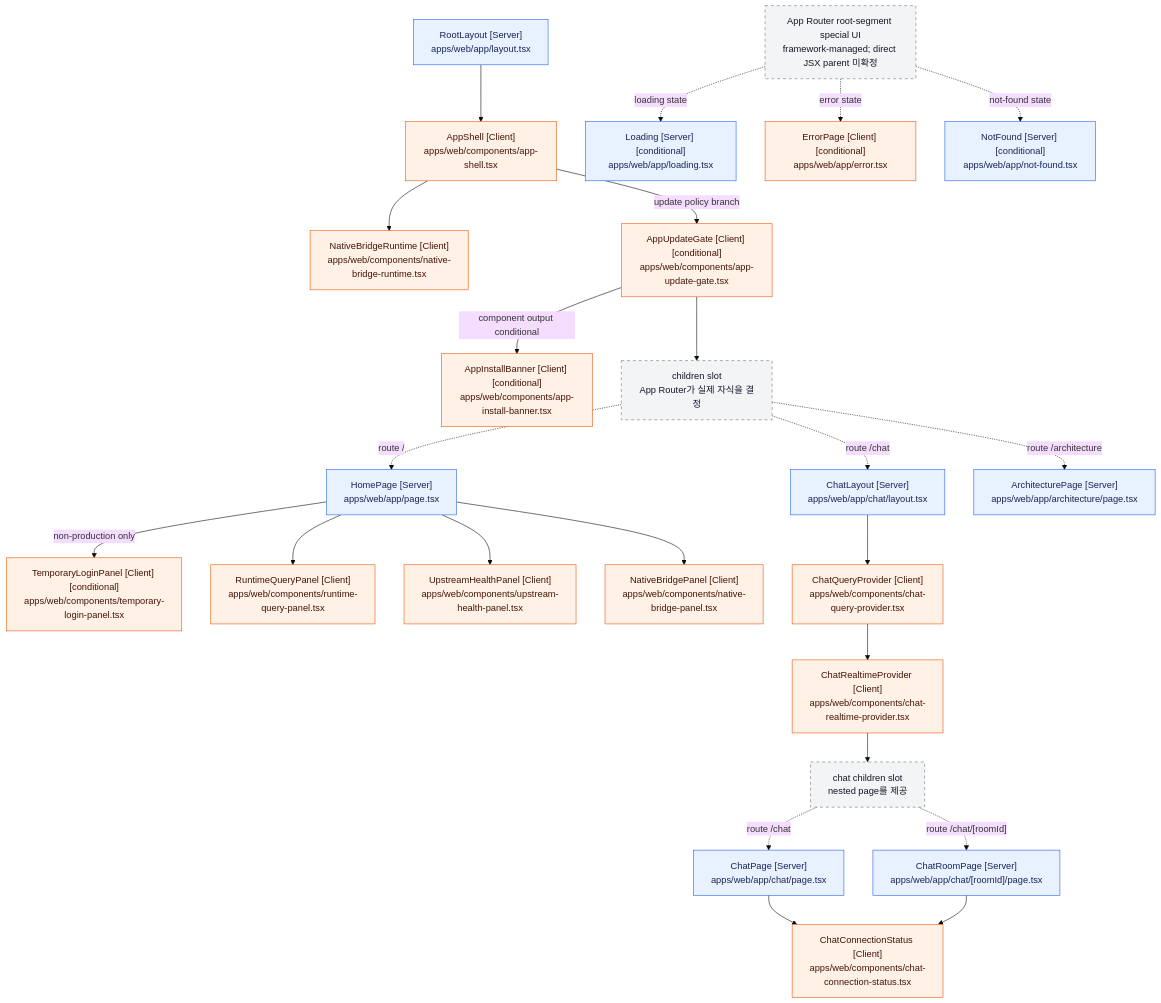
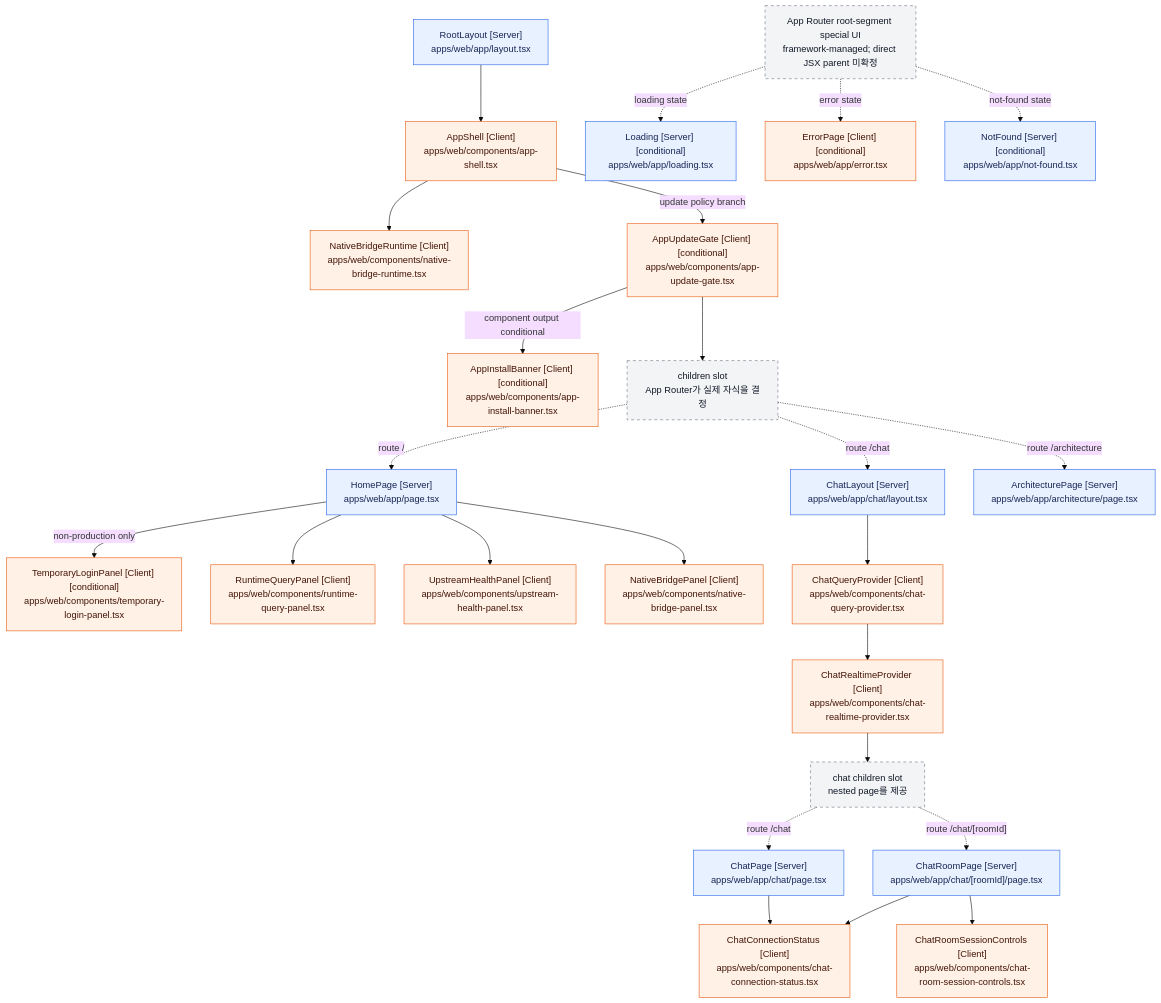
Before and after one commit to mokpombc17-coder/CIVIC-AI: the diagram in docs/architecture/react-component-tree.md, drawn with Mermaid (base theme). The commit also changed other lines of this file and 8 other files, not shown here.

Commit message:
feat(web): add multi-tab chat room UX

````diff
--- a/docs/architecture/react-component-tree.md
+++ b/docs/architecture/react-component-tree.md
@@ -108,65 +109,67 @@
 ```mermaid
 flowchart TD
     RootLayout["RootLayout [Server]<br/>apps/web/app/layout.tsx"]
     AppShell["AppShell [Client]<br/>apps/web/components/app-shell.tsx"]
     NativeBridgeRuntime["NativeBridgeRuntime [Client]<br/>apps/web/components/native-bridge-runtime.tsx"]
     AppUpdateGate["AppUpdateGate [Client] [conditional]<br/>apps/web/components/app-update-gate.tsx"]
     AppInstallBanner["AppInstallBanner [Client] [conditional]<br/>apps/web/components/app-install-banner.tsx"]
     ChildrenSlot["children slot<br/>App Router가 실제 자식을 결정"]
 
     HomePage["HomePage [Server]<br/>apps/web/app/page.tsx"]
     TemporaryLoginPanel["TemporaryLoginPanel [Client] [conditional]<br/>apps/web/components/temporary-login-panel.tsx"]
     RuntimeQueryPanel["RuntimeQueryPanel [Client]<br/>apps/web/components/runtime-query-panel.tsx"]
     UpstreamHealthPanel["UpstreamHealthPanel [Client]<br/>apps/web/components/upstream-health-panel.tsx"]
     NativeBridgePanel["NativeBridgePanel [Client]<br/>apps/web/components/native-bridge-panel.tsx"]
 
     ChatLayout["ChatLayout [Server]<br/>apps/web/app/chat/layout.tsx"]
     ChatQueryProvider["ChatQueryProvider [Client]<br/>apps/web/components/chat-query-provider.tsx"]
     ChatRealtimeProvider["ChatRealtimeProvider [Client]<br/>apps/web/components/chat-realtime-provider.tsx"]
     ChatChildrenSlot["chat children slot<br/>nested page를 제공"]
     ChatPage["ChatPage [Server]<br/>apps/web/app/chat/page.tsx"]
     ChatRoomPage["ChatRoomPage [Server]<br/>apps/web/app/chat/[roomId]/page.tsx"]
     ChatConnectionStatus["ChatConnectionStatus [Client]<br/>apps/web/components/chat-connection-status.tsx"]
+    ChatRoomSessionControls["ChatRoomSessionControls [Client]<br/>apps/web/components/chat-room-session-controls.tsx"]
 
     ArchitecturePage["ArchitecturePage [Server]<br/>apps/web/app/architecture/page.tsx"]
 
     SpecialBoundary["App Router root-segment special UI<br/>framework-managed; direct JSX parent 미확정"]
     Loading["Loading [Server] [conditional]<br/>apps/web/app/loading.tsx"]
     ErrorPage["ErrorPage [Client] [conditional]<br/>apps/web/app/error.tsx"]
     NotFound["NotFound [Server] [conditional]<br/>apps/web/app/not-found.tsx"]
 
     RootLayout --> AppShell
     AppShell --> NativeBridgeRuntime
     AppShell -->|"update policy branch"| AppUpdateGate
     AppUpdateGate -->|"component output conditional"| AppInstallBanner
     AppUpdateGate --> ChildrenSlot
 
     ChildrenSlot -. "route /" .-> HomePage
     HomePage -->|"non-production only"| TemporaryLoginPanel
     HomePage --> RuntimeQueryPanel
     HomePage --> UpstreamHealthPanel
     HomePage --> NativeBridgePanel
 
     ChildrenSlot -. "route /chat" .-> ChatLayout
     ChatLayout --> ChatQueryProvider
     ChatQueryProvider --> ChatRealtimeProvider
     ChatRealtimeProvider --> ChatChildrenSlot
     ChatChildrenSlot -. "route /chat" .-> ChatPage
     ChatChildrenSlot -. "route /chat/[roomId]" .-> ChatRoomPage
     ChatPage --> ChatConnectionStatus
     ChatRoomPage --> ChatConnectionStatus
+    ChatRoomPage --> ChatRoomSessionControls
 
     ChildrenSlot -. "route /architecture" .-> ArchitecturePage
 
     SpecialBoundary -. "loading state" .-> Loading
     SpecialBoundary -. "error state" .-> ErrorPage
     SpecialBoundary -. "not-found state" .-> NotFound
 
     classDef server fill:#e8f1ff,stroke:#2563eb,color:#172554;
     classDef client fill:#fff1e6,stroke:#ea580c,color:#431407;
     classDef framework fill:#f3f4f6,stroke:#6b7280,color:#111827,stroke-dasharray:5 5;
 
     class RootLayout,HomePage,ChatLayout,ChatPage,ChatRoomPage,ArchitecturePage,Loading,NotFound server;
-    class AppShell,NativeBridgeRuntime,AppUpdateGate,AppInstallBanner,TemporaryLoginPanel,RuntimeQueryPanel,UpstreamHealthPanel,NativeBridgePanel,ChatQueryProvider,ChatRealtimeProvider,ChatConnectionStatus,ErrorPage client;
+    class AppShell,NativeBridgeRuntime,AppUpdateGate,AppInstallBanner,TemporaryLoginPanel,RuntimeQueryPanel,UpstreamHealthPanel,NativeBridgePanel,ChatQueryProvider,ChatRealtimeProvider,ChatConnectionStatus,ChatRoomSessionControls,ErrorPage client;
     class ChildrenSlot,ChatChildrenSlot,SpecialBoundary framework;
 ```
````
